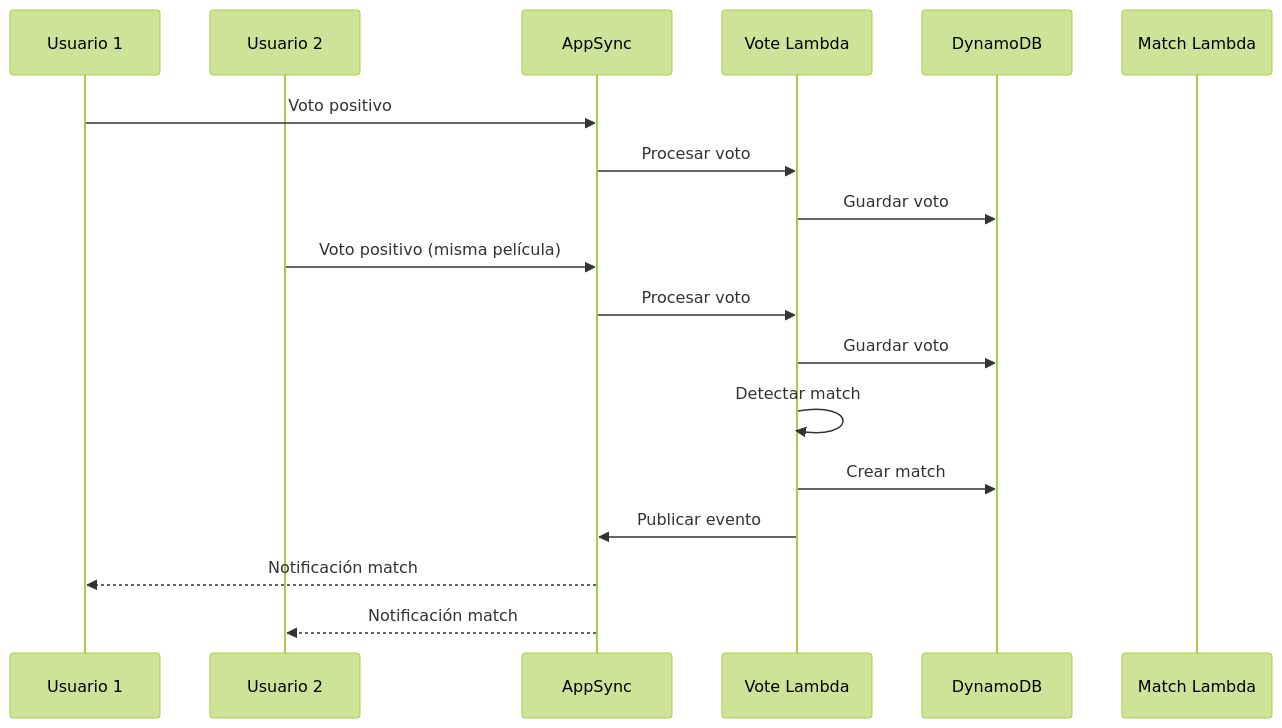
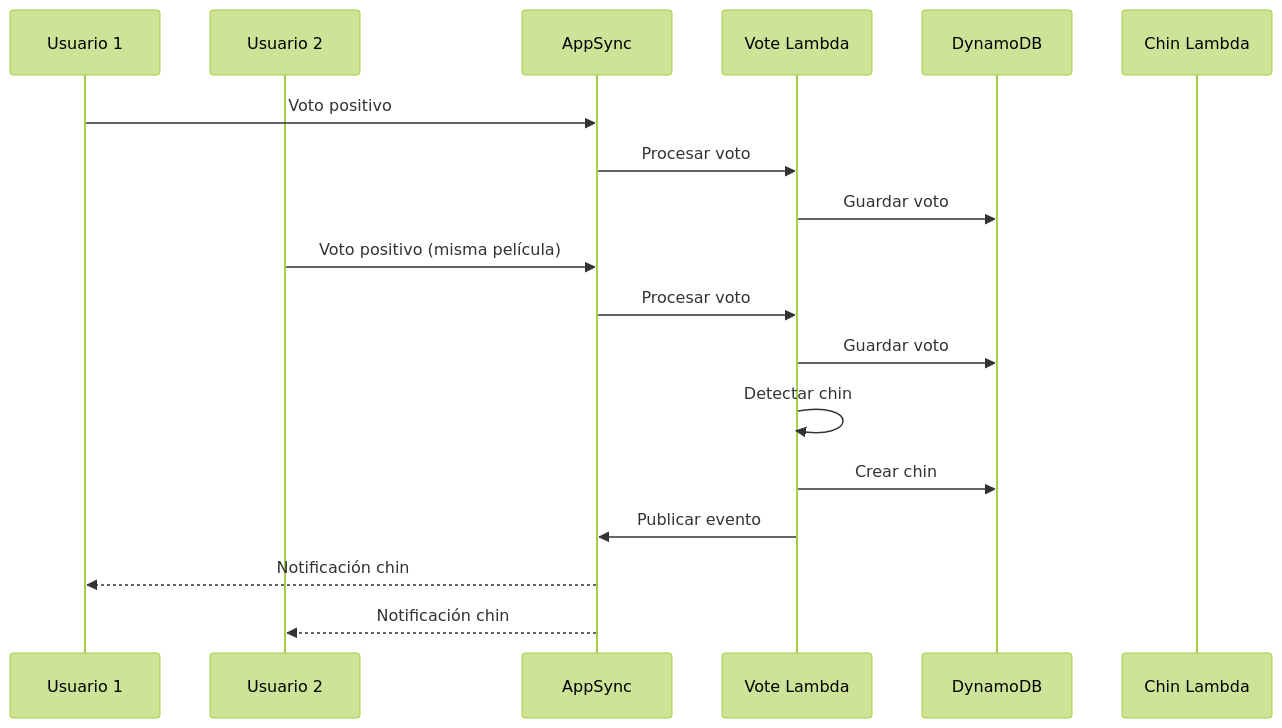
Before and after one commit to ibanezbetes/trinity-movie-voting: the third of 3 diagrams in docs/technical/01-app-architecture.md, drawn with Mermaid (forest theme). The commit also changed other lines of this file and 54 other files, not shown here.

````diff
--- a/docs/technical/01-app-architecture.md
+++ b/docs/technical/01-app-architecture.md
@@ -116,21 +116,21 @@
 ```mermaid
 sequenceDiagram
     participant U1 as Usuario 1
     participant U2 as Usuario 2
     participant A as AppSync
     participant V as Vote Lambda
     participant D as DynamoDB
-    participant M as Match Lambda
+    participant M as Chin Lambda
 
     U1->>A: Voto positivo
     A->>V: Procesar voto
     V->>D: Guardar voto
     U2->>A: Voto positivo (misma película)
     A->>V: Procesar voto
     V->>D: Guardar voto
-    V->>V: Detectar match
-    V->>D: Crear match
+    V->>V: Detectar chin
+    V->>D: Crear chin
     V->>A: Publicar evento
-    A-->>U1: Notificación match
-    A-->>U2: Notificación match
+    A-->>U1: Notificación chin
+    A-->>U2: Notificación chin
 ```
````
